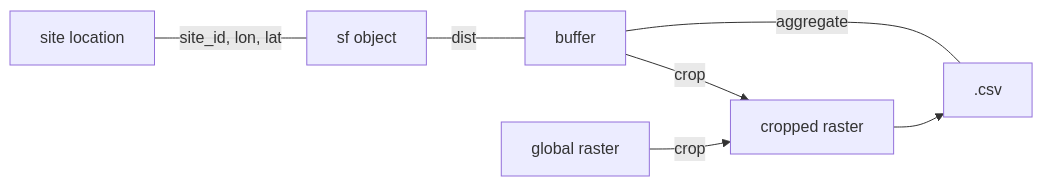
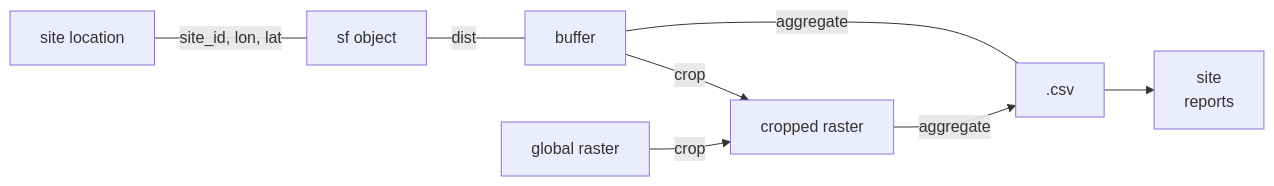
The diagram in README.md (barguzin/endow), drawn with Mermaid before and after one commit.

````diff
--- a/README.md
+++ b/README.md
@@ -28,17 +28,19 @@
 ```mermaid
 flowchart LR
     pnt[sf object]
     buff[buffer]
     rast[global raster]
     site[site location]
     crop[cropped raster]
     summ[.csv]
+    repo[site <br> reports]
 
     site--site_id, lon, lat---pnt--dist---buff--aggregate---summ
 
     rast--crop--> crop
     buff--crop--> crop
-    crop-->summ
+    crop--aggregate-->summ
+    summ-->repo
 
 
 ```
````
